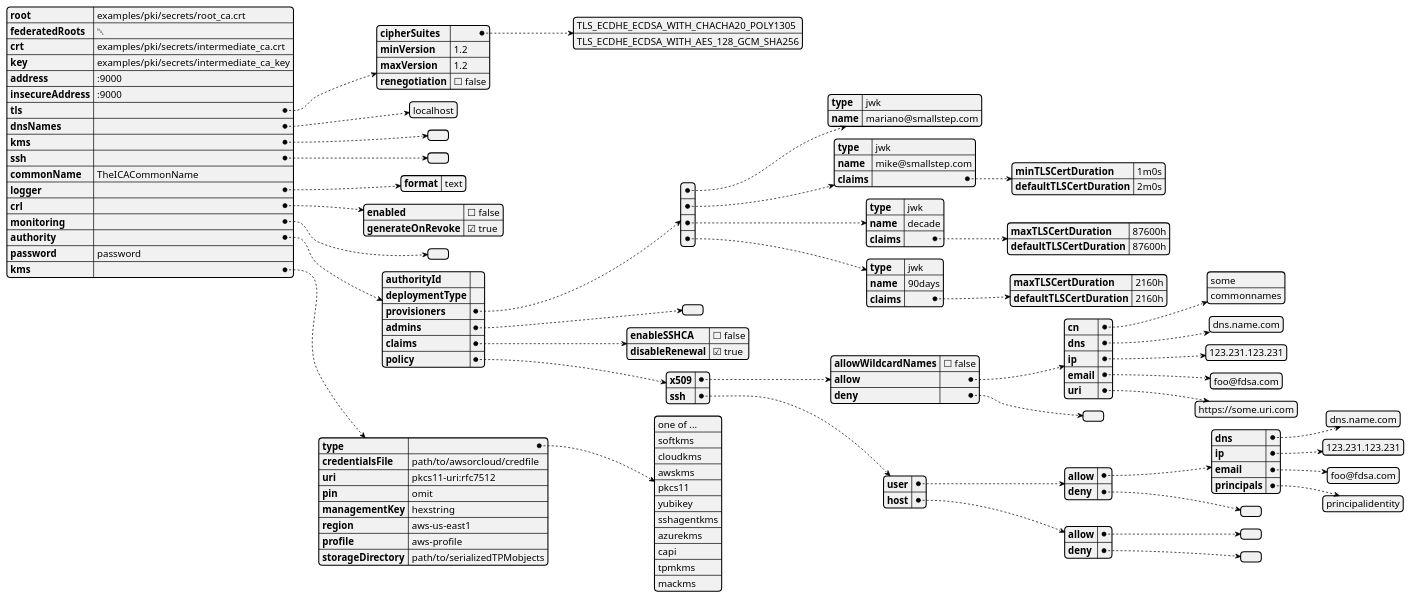
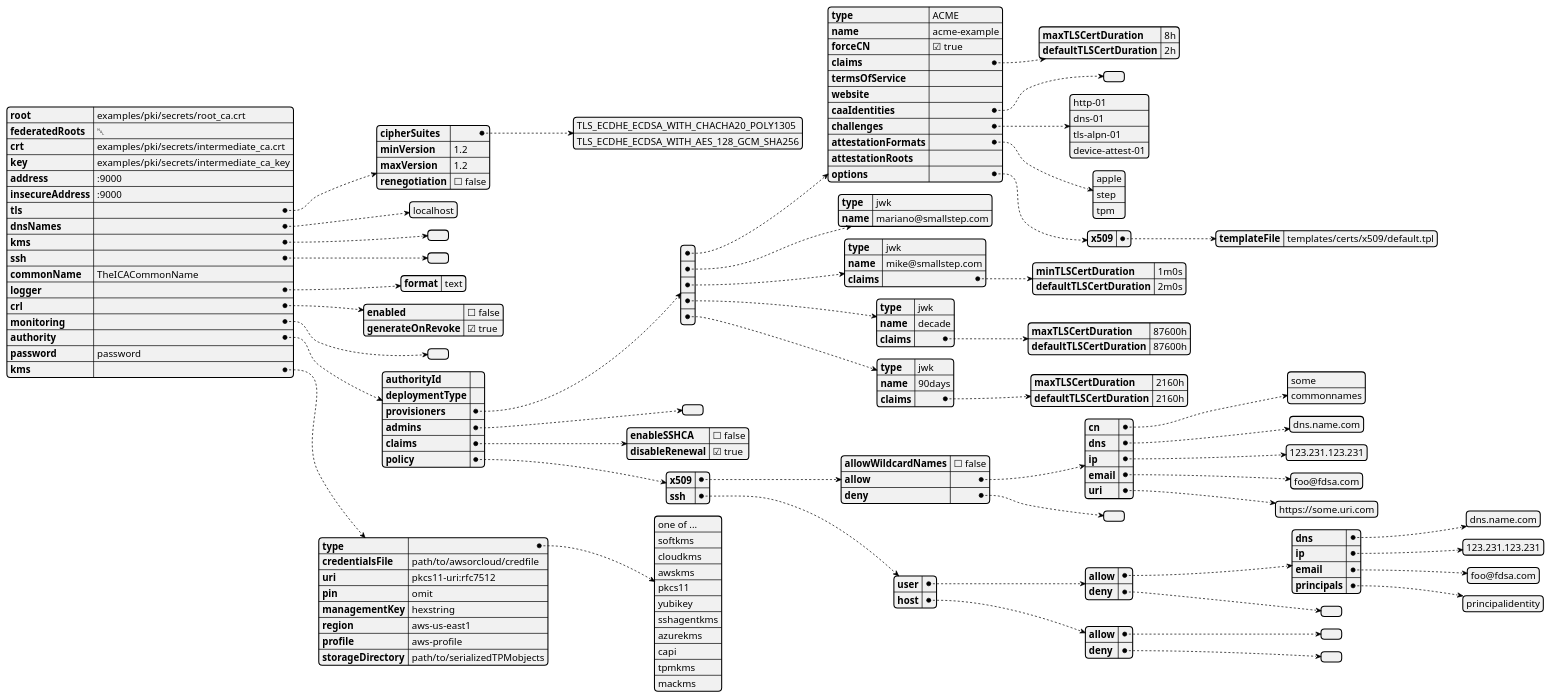
The first of 5 diagrams in slips/20250331050449-smallstep_ca_policy_and_provisioner_configuration.org (dcunited001/zettelkasten), drawn with PlantUML before and after one commit. The commit also changed other lines of this file and 2 other files, not shown here.

```diff
--- a/slips/20250331050449-smallstep_ca_policy_and_provisioner_configuration.org
+++ b/slips/20250331050449-smallstep_ca_policy_and_provisioner_configuration.org
@@ -533,6 +692,17 @@
     "authorityId": "",
     "deploymentType": "",
     "provisioners": [
+      {
+        "type": "ACME", "name": "acme-example", "forceCN": true,
+        "claims": { "maxTLSCertDuration": "8h", "defaultTLSCertDuration": "2h" },
+        "termsOfService": "",
+        "website": "",
+        "caaIdentities": [],
+        "challenges": [ "http-01", "dns-01", "tls-alpn-01", "device-attest-01" ],
+        "attestationFormats": [ "apple", "step", "tpm"],
+        "attestationRoots": "",
+        "options": { "x509": { "templateFile": "templates/certs/x509/default.tpl" } }
+      },
       { "type": "jwk", "name": "mariano@smallstep.com" },
       { "type": "jwk", "name": "mike@smallstep.com", "claims": { "minTLSCertDuration": "1m0s", "defaultTLSCertDuration": "2m0s" } },
       { "type": "jwk", "name": "decade", "claims": { "maxTLSCertDuration": "87600h", "defaultTLSCertDuration": "87600h" } },
```
